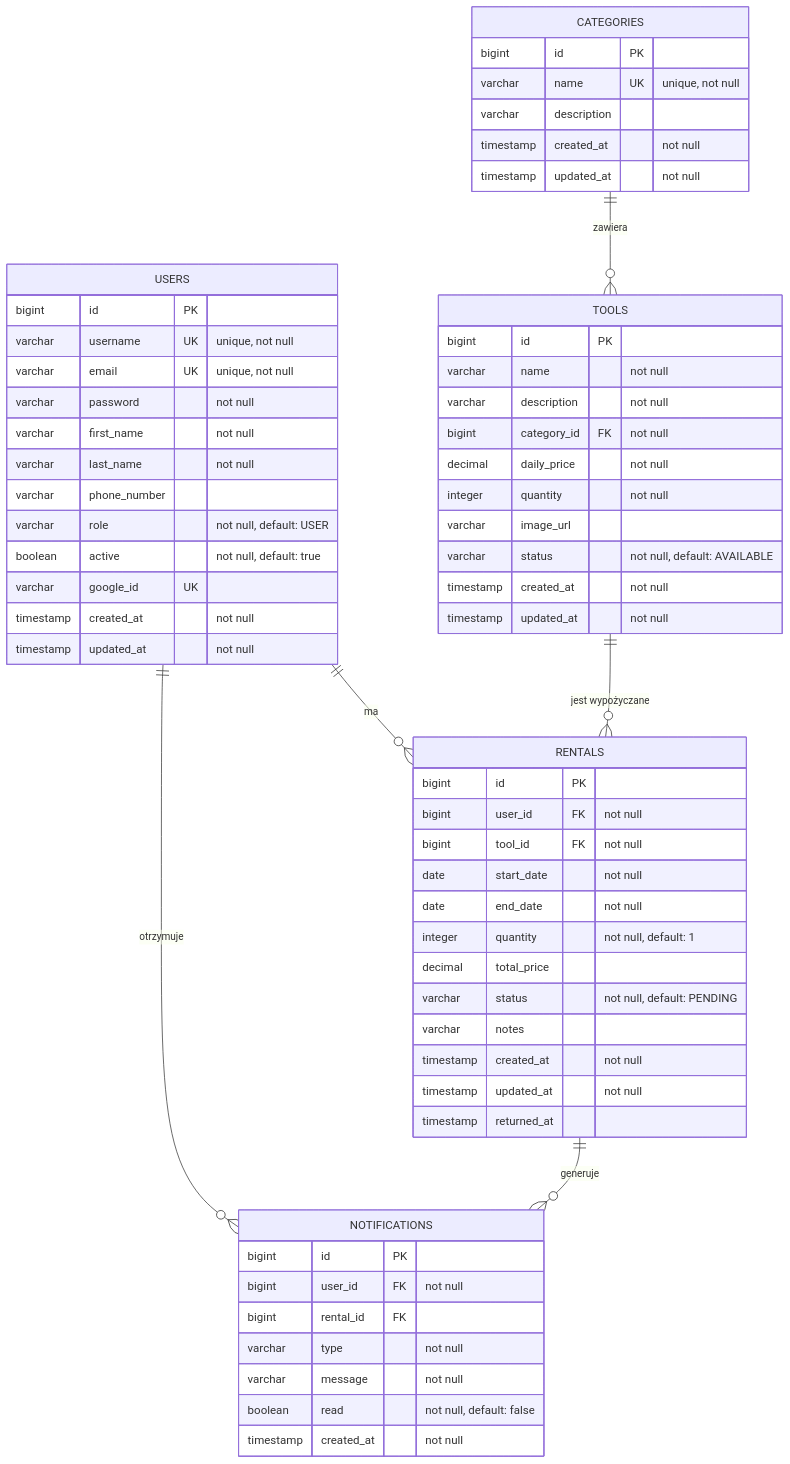
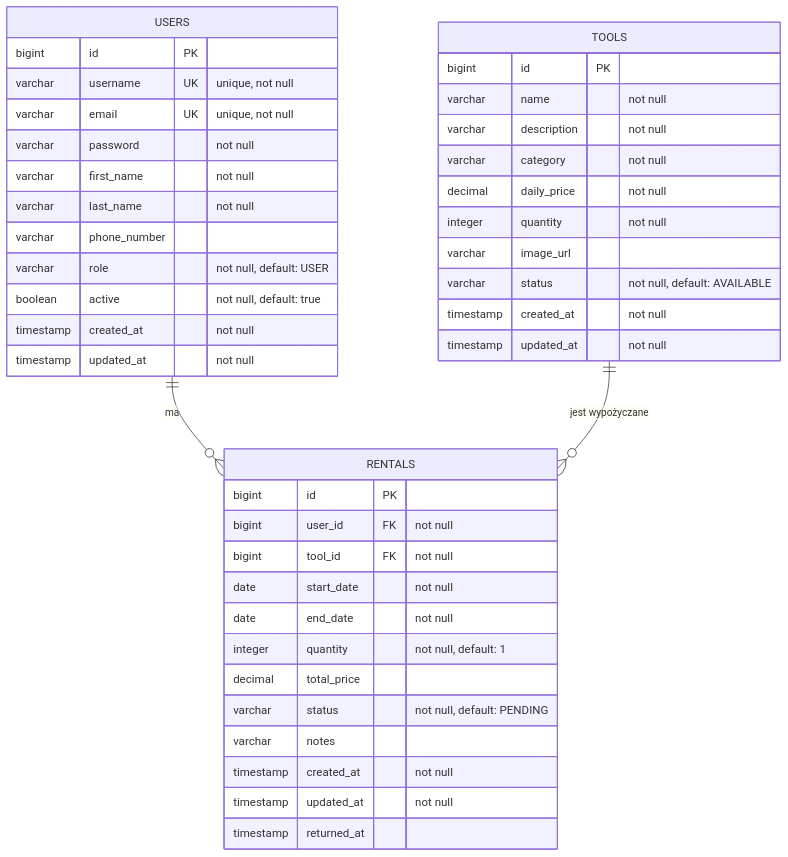
Before and after one commit to michalcodemichal/Toolsy: the diagram in README.md, drawn with Mermaid. The commit also changed other lines of this file and 34 other files, not shown here.

````diff
--- a/README.md
+++ b/README.md
@@ -280,69 +236,47 @@
 ```mermaid
 erDiagram
     USERS {
         bigint id PK
         varchar username UK "unique, not null"
         varchar email UK "unique, not null"
         varchar password "not null"
         varchar first_name "not null"
         varchar last_name "not null"
         varchar phone_number
         varchar role "not null, default: USER"
         boolean active "not null, default: true"
-        varchar google_id UK
         timestamp created_at "not null"
         timestamp updated_at "not null"
     }
 
     TOOLS {
         bigint id PK
         varchar name "not null"
         varchar description "not null"
-        bigint category_id FK "not null"
+        varchar category "not null"
         decimal daily_price "not null"
         integer quantity "not null"
         varchar image_url
         varchar status "not null, default: AVAILABLE"
-        timestamp created_at "not null"
-        timestamp updated_at "not null"
-    }
-
-    CATEGORIES {
-        bigint id PK
-        varchar name UK "unique, not null"
-        varchar description
         timestamp created_at "not null"
         timestamp updated_at "not null"
     }
 
     RENTALS {
         bigint id PK
         bigint user_id FK "not null"
         bigint tool_id FK "not null"
         date start_date "not null"
         date end_date "not null"
         integer quantity "not null, default: 1"
         decimal total_price
         varchar status "not null, default: PENDING"
         varchar notes
         timestamp created_at "not null"
         timestamp updated_at "not null"
         timestamp returned_at
     }
 
-    NOTIFICATIONS {
-        bigint id PK
-        bigint user_id FK "not null"
-        bigint rental_id FK
-        varchar type "not null"
-        varchar message "not null"
-        boolean read "not null, default: false"
-        timestamp created_at "not null"
-    }
-
     USERS ||--o{ RENTALS : "ma"
     TOOLS ||--o{ RENTALS : "jest wypożyczane"
-    CATEGORIES ||--o{ TOOLS : "zawiera"
-    USERS ||--o{ NOTIFICATIONS : "otrzymuje"
-    RENTALS ||--o{ NOTIFICATIONS : "generuje"
 ```
````
